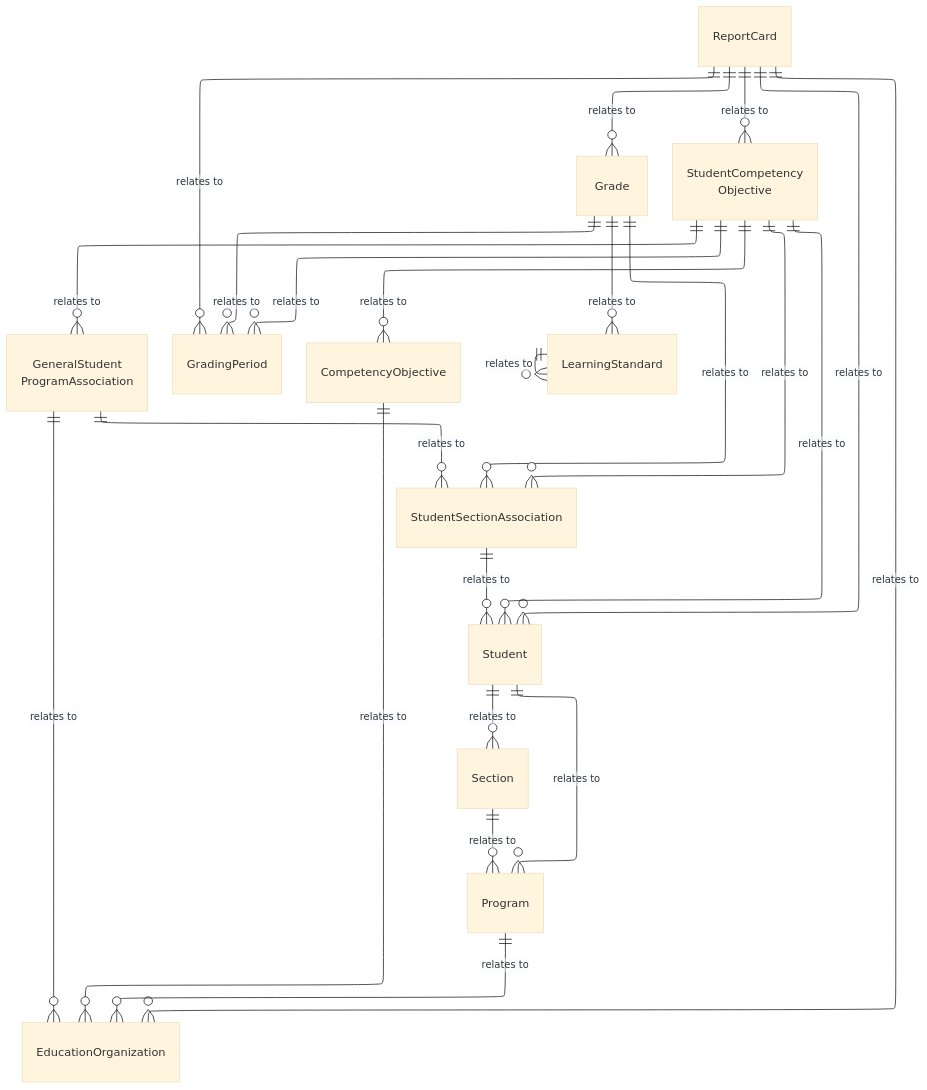
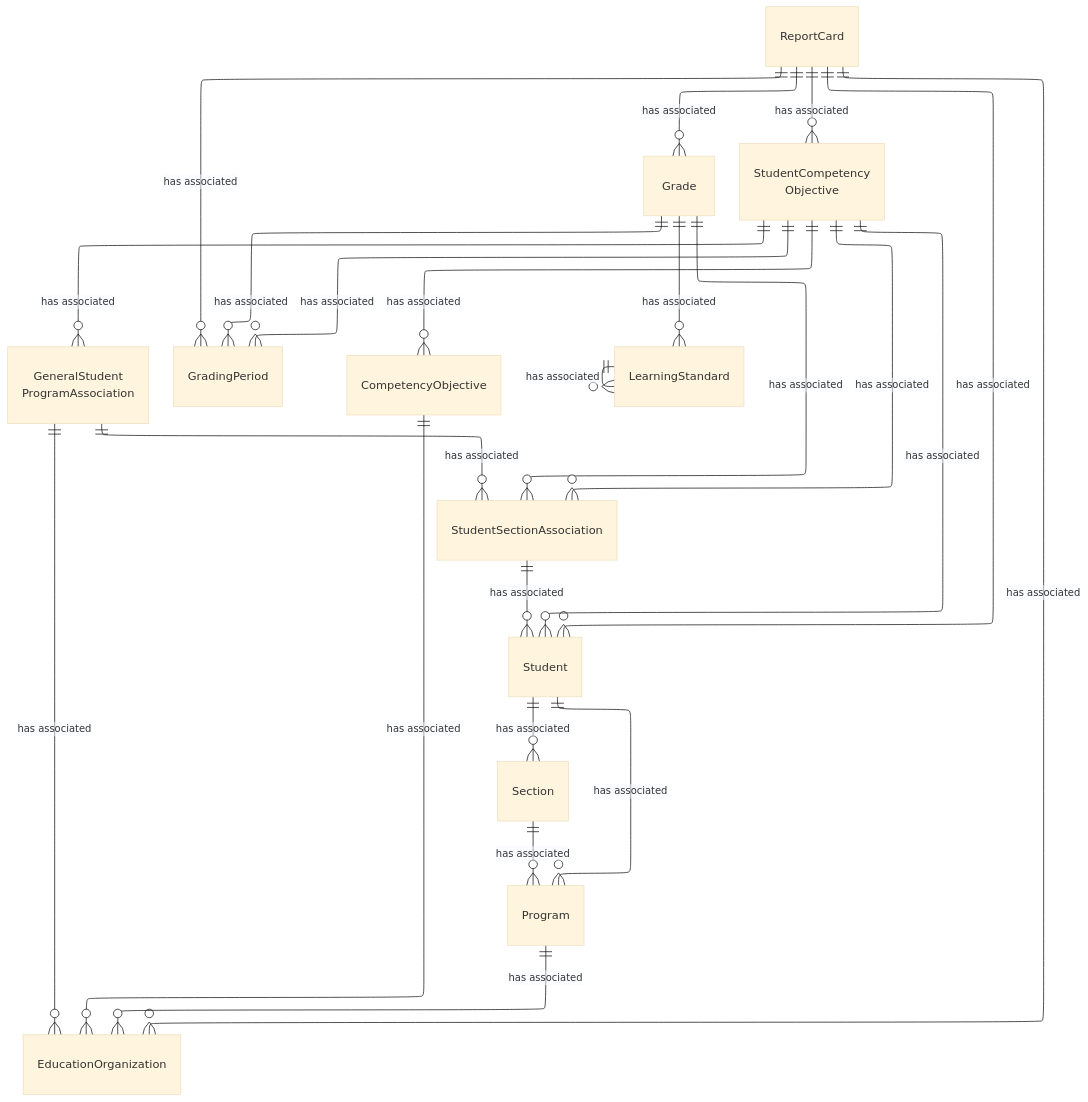
One commit to Ed-Fi-Alliance-OSS/ed-fi-alliance-oss.github.io changed the third of 4 diagrams in dataStandard_versioned_docs/version-6/model-reference/student-academic-record-domain/model-diagrams.md. Above: the diagram before and after it, drawn with Mermaid (base theme). The commit also changed other lines of this file and 24 other files, not shown here.

````diff
--- a/dataStandard_versioned_docs/version-6/model-reference/student-academic-record-domain/model-diagrams.md
+++ b/dataStandard_versioned_docs/version-6/model-reference/student-academic-record-domain/model-diagrams.md
@@ -173,53 +148,53 @@
 ```mermaid
 ---
 config:
   layout: elk
 ---
 erDiagram
     Student {
     }
     ReportCard {
     }
     Grade {
     }
     StudentCompetencyObjective["StudentCompetency<br/>Objective"] {
     }
     StudentSectionAssociation {
     }
     GeneralStudentProgramAssociation["GeneralStudent<br/>ProgramAssociation"] {
     }
     GradingPeriod {
     }
     CompetencyObjective {
     }
     Section {
     }
     Program {
     }
     LearningStandard {
     }
     EducationOrganization {
     }
-    ReportCard ||--o{ Student : "relates to"
-    ReportCard ||--o{ GradingPeriod : "relates to"
-    ReportCard ||--o{ EducationOrganization : "relates to"
-    ReportCard ||--o{ Grade : "relates to"
-    ReportCard ||--o{ StudentCompetencyObjective : "relates to"
-    Grade ||--o{ GradingPeriod : "relates to"
-    Grade ||--o{ StudentSectionAssociation : "relates to"
-    Grade ||--o{ LearningStandard : "relates to"
-    StudentCompetencyObjective ||--o{ Student : "relates to"
-    StudentCompetencyObjective ||--o{ GradingPeriod : "relates to"
-    StudentCompetencyObjective ||--o{ CompetencyObjective : "relates to"
-    StudentCompetencyObjective ||--o{ GeneralStudentProgramAssociation : "relates to"
-    StudentCompetencyObjective ||--o{ StudentSectionAssociation : "relates to"
-    StudentSectionAssociation ||--o{ Student : "relates to"
-    GeneralStudentProgramAssociation ||--o{ EducationOrganization : "relates to"
-    GeneralStudentProgramAssociation ||--o{ StudentSectionAssociation : "relates to"
-    Student ||--o{ Section : "relates to"
-    Student ||--o{ Program : "relates to"
-    Section ||--o{ Program : "relates to"
-    Program ||--o{ EducationOrganization : "relates to"
-    CompetencyObjective ||--o{ EducationOrganization : "relates to"
-    LearningStandard ||--o{ LearningStandard : "relates to"
+    ReportCard ||--o{ Student : "has associated"
+    ReportCard ||--o{ GradingPeriod : "has associated"
+    ReportCard ||--o{ EducationOrganization : "has associated"
+    ReportCard ||--o{ Grade : "has associated"
+    ReportCard ||--o{ StudentCompetencyObjective : "has associated"
+    Grade ||--o{ GradingPeriod : "has associated"
+    Grade ||--o{ StudentSectionAssociation : "has associated"
+    Grade ||--o{ LearningStandard : "has associated"
+    StudentCompetencyObjective ||--o{ Student : "has associated"
+    StudentCompetencyObjective ||--o{ GradingPeriod : "has associated"
+    StudentCompetencyObjective ||--o{ CompetencyObjective : "has associated"
+    StudentCompetencyObjective ||--o{ GeneralStudentProgramAssociation : "has associated"
+    StudentCompetencyObjective ||--o{ StudentSectionAssociation : "has associated"
+    StudentSectionAssociation ||--o{ Student : "has associated"
+    GeneralStudentProgramAssociation ||--o{ EducationOrganization : "has associated"
+    GeneralStudentProgramAssociation ||--o{ StudentSectionAssociation : "has associated"
+    Student ||--o{ Section : "has associated"
+    Student ||--o{ Program : "has associated"
+    Section ||--o{ Program : "has associated"
+    Program ||--o{ EducationOrganization : "has associated"
+    CompetencyObjective ||--o{ EducationOrganization : "has associated"
+    LearningStandard ||--o{ LearningStandard : "has associated"
 ```
````
